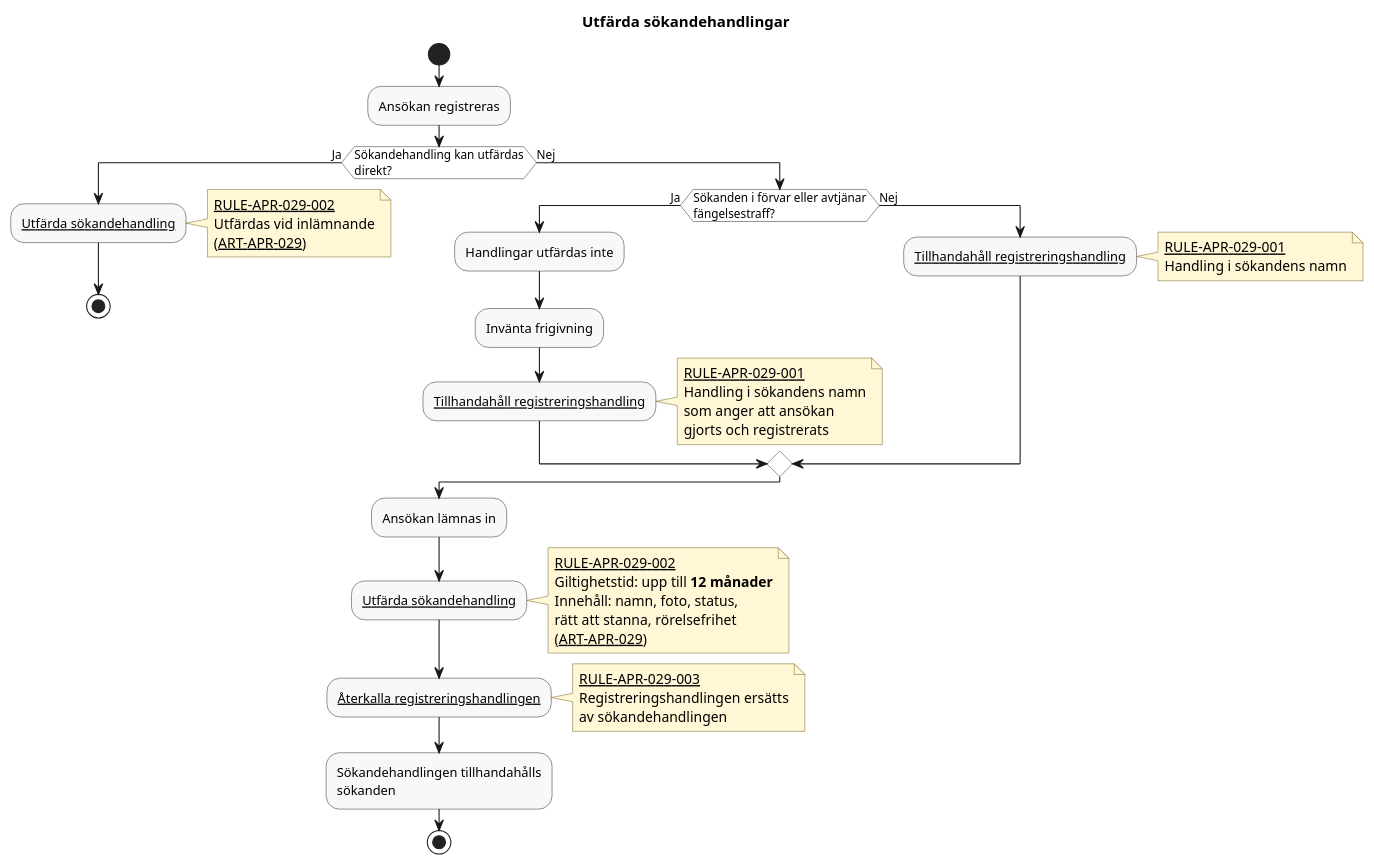
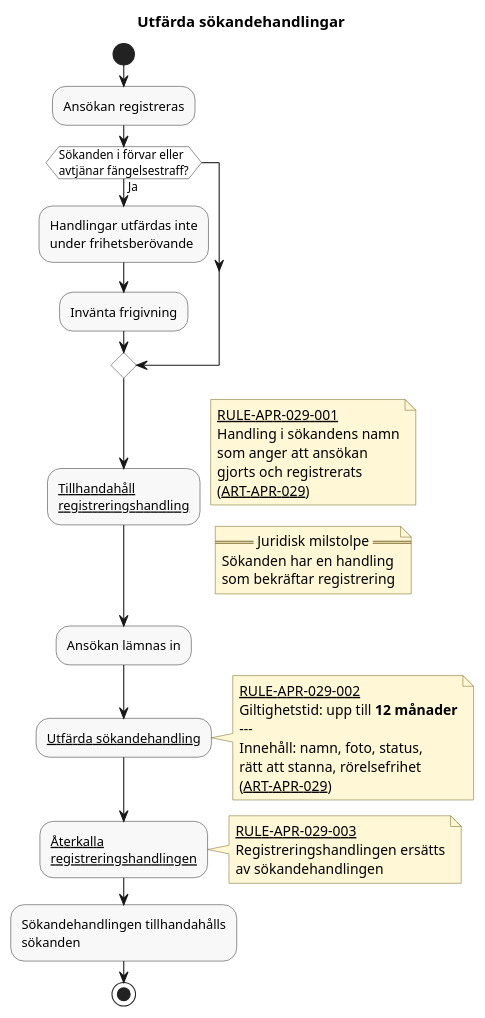
Before and after one commit to chrhe894/migration_pact: the diagram in docs/domains/registration/diagrams/issue-applicant-documents.pu, drawn with PlantUML. The commit also changed other lines of this file and 1 other file, not shown here.

```diff
--- a/docs/domains/registration/diagrams/issue-applicant-documents.pu
+++ b/docs/domains/registration/diagrams/issue-applicant-documents.pu
@@ -15,85 +15,70 @@
 @startuml issue-applicant-documents
 
 title Utfärda sökandehandlingar
 
 skinparam shadowing false
 skinparam HyperlinkColor Black
 skinparam HyperlinkUnderline true
 skinparam defaultFontName Arial
 skinparam activity {
   BackgroundColor #F8F8F8
   BorderColor #333333
   DiamondBackgroundColor #FFFFFF
   DiamondBorderColor #333333
 }
 skinparam note {
   BackgroundColor #FFF7D6
   BorderColor #7A6A2A
 }
 
 start
 
 :Ansökan registreras;
 
-if (Sökandehandling kan utfärdas\ndirekt?) then (Ja)
+if (Sökanden i förvar eller\navtjänar fängelsestraff?) then (Ja)
 
-    :[[../rules/rule-apr-029-002.md Utfärda sökandehandling]];
-    note right
-      [[../rules/rule-apr-029-002.md RULE-APR-029-002]]
-      Utfärdas vid inlämnande
-      ([[../articles/apr-029.md ART-APR-029]])
-    end note
+  :Handlingar utfärdas inte\nunder frihetsberövande;
 
-    stop
-
-else (Nej)
-
-    if (Sökanden i förvar eller avtjänar\nfängelsestraff?) then (Ja)
-
-        :Handlingar utfärdas inte;
-
-        :Invänta frigivning;
-
-        :[[../rules/rule-apr-029-001.md Tillhandahåll registreringshandling]];
-        note right
-          [[../rules/rule-apr-029-001.md RULE-APR-029-001]]
-          Handling i sökandens namn
-          som anger att ansökan
-          gjorts och registrerats
-        end note
-
-    else (Nej)
-
-        :[[../rules/rule-apr-029-001.md Tillhandahåll registreringshandling]];
-        note right
-          [[../rules/rule-apr-029-001.md RULE-APR-029-001]]
-          Handling i sökandens namn
-        end note
-
-    endif
+  :Invänta frigivning;
 
 endif
+
+:[[../rules/rule-apr-029-001.md Tillhandahåll\nregistreringshandling]];
+note right
+  [[../rules/rule-apr-029-001.md RULE-APR-029-001]]
+  Handling i sökandens namn
+  som anger att ansökan
+  gjorts och registrerats
+  ([[../articles/apr-029.md ART-APR-029]])
+end note
+
+note right
+  == Juridisk milstolpe ==
+  Sökanden har en handling
+  som bekräftar registrering
+end note
 
 :Ansökan lämnas in;
 
 :[[../rules/rule-apr-029-002.md Utfärda sökandehandling]];
 note right
   [[../rules/rule-apr-029-002.md RULE-APR-029-002]]
   Giltighetstid: upp till **12 månader**
+  ---
   Innehåll: namn, foto, status,
   rätt att stanna, rörelsefrihet
   ([[../articles/apr-029.md ART-APR-029]])
 end note
 
-:[[../rules/rule-apr-029-003.md Återkalla registreringshandlingen]];
+:[[../rules/rule-apr-029-003.md Återkalla\nregistreringshandlingen]];
 note right
   [[../rules/rule-apr-029-003.md RULE-APR-029-003]]
   Registreringshandlingen ersätts
   av sökandehandlingen
 end note
 
 :Sökandehandlingen tillhandahålls\nsökanden;
 
 stop
 
 @enduml
```
